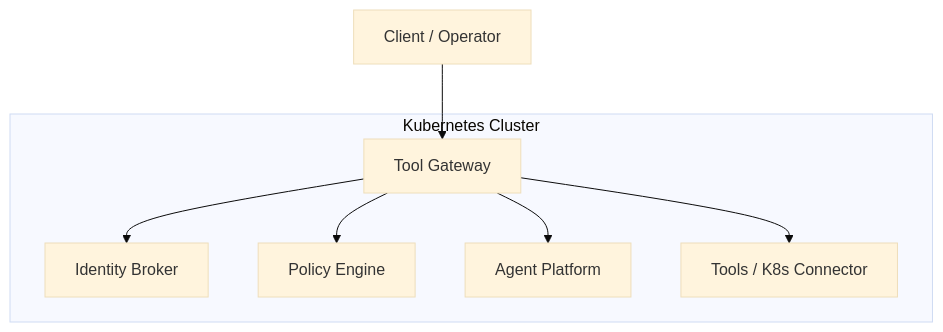
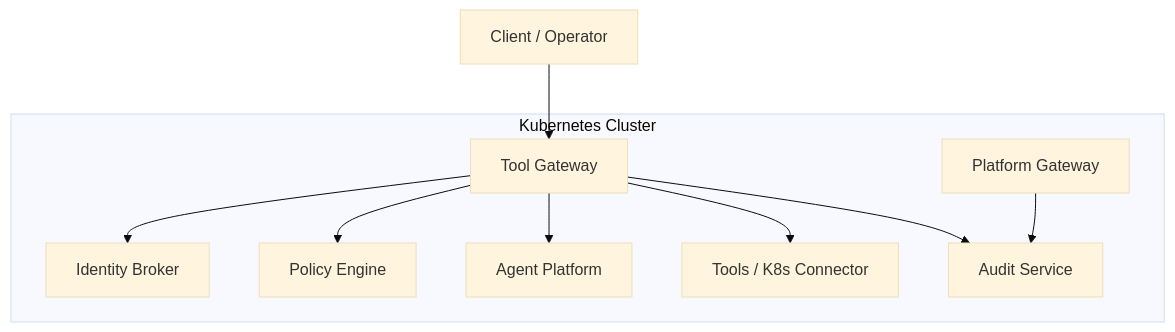
The first of 9 diagrams in .qoder/repowiki/en/content/Security Guide/Security Guide.md (metasync/luban-aiops), drawn with Mermaid (base theme) before and after one commit. The commit also changed other lines of this file and 48 other files, not shown here.

First line of the commit message:
docs: refresh repowiki knowledge cache for audit-service product

````diff
--- a/.qoder/repowiki/en/content/Security Guide/Security Guide.md
+++ b/.qoder/repowiki/en/content/Security Guide/Security Guide.md
@@ -72,15 +84,19 @@
 ```mermaid
 graph TB
 Client["Client / Operator"] --> Gateway["Tool Gateway"]
 Gateway --> Auth["Identity Broker"]
 Gateway --> Policy["Policy Engine"]
 Gateway --> AgentPlatform["Agent Platform"]
 Gateway --> Tools["Tools / K8s Connector"]
+Gateway --> AuditService["Audit Service"]
+PlatformGateway["Platform Gateway"] --> AuditService
 subgraph "Kubernetes Cluster"
 Gateway
 Auth
 Policy
 AgentPlatform
 Tools
+AuditService
+PlatformGateway
 end
 ```
````
